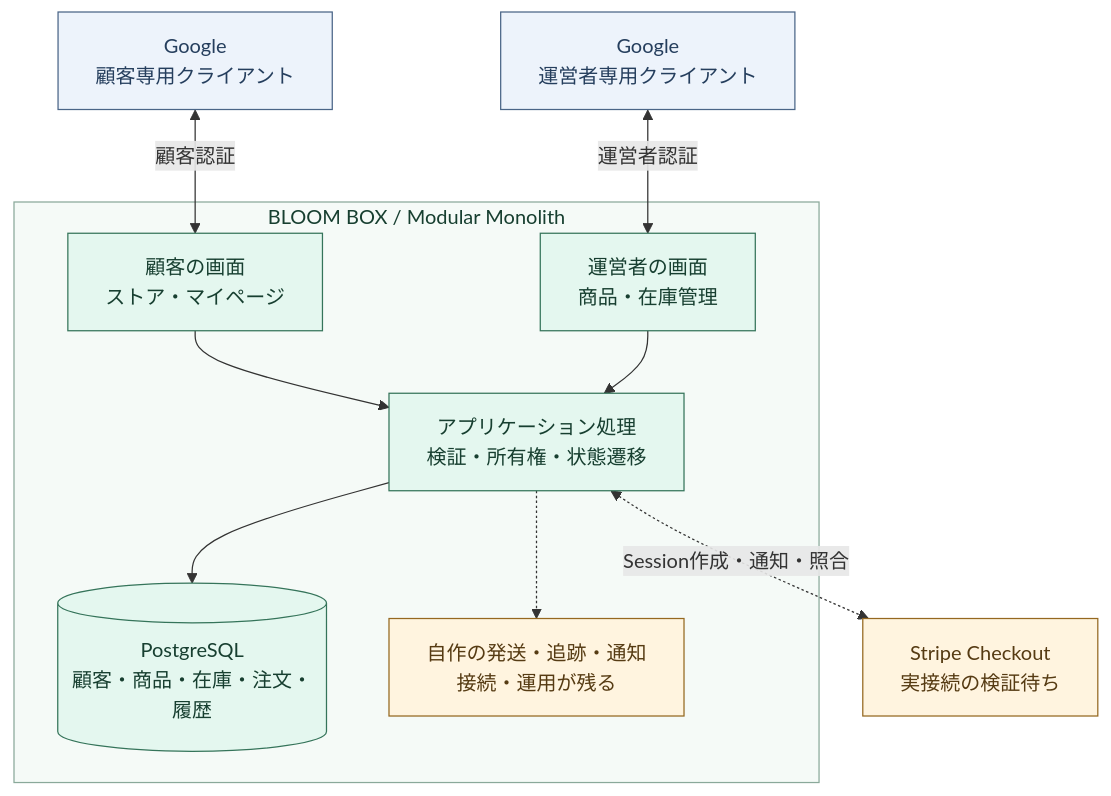
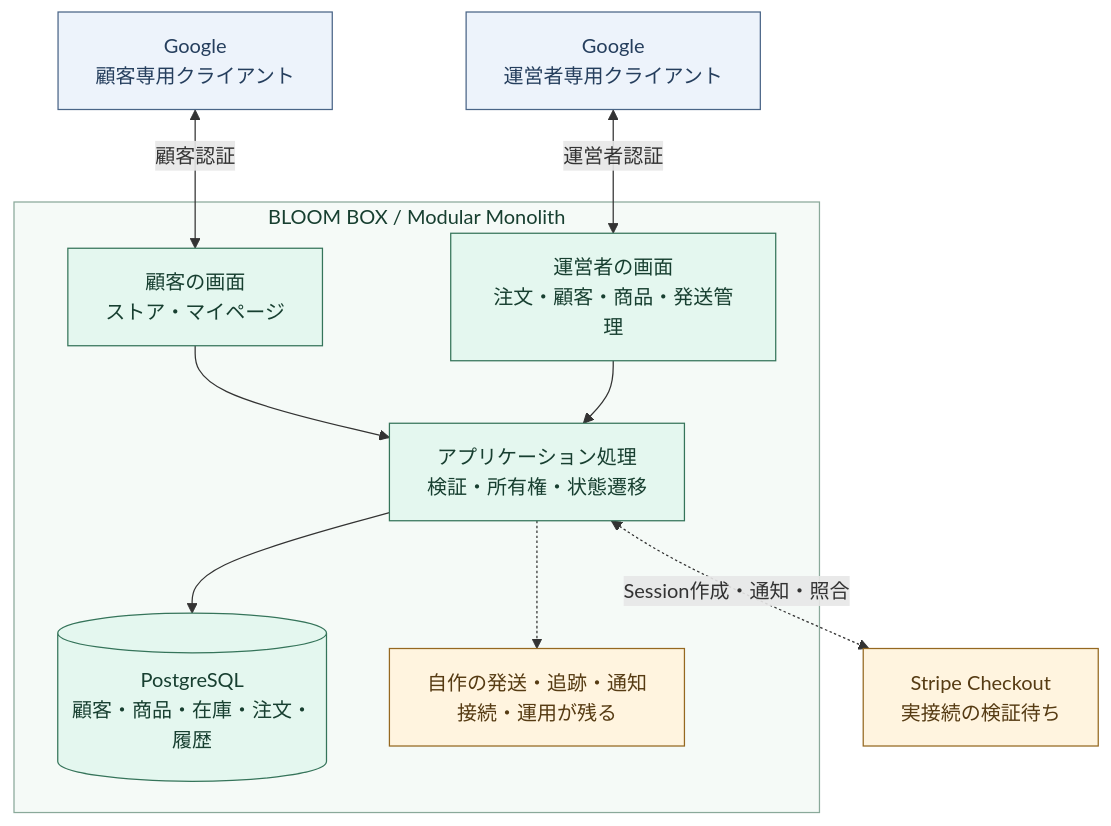
One commit to bright-broom/BloomBox_shop changed the second of 8 diagrams in README.md. Above: the diagram before and after it, drawn with Mermaid. The commit also changed other lines of this file, not shown here.

````diff
--- a/README.md
+++ b/README.md
@@ -79,19 +84,19 @@
 ```mermaid
 flowchart TB
     CustomerGoogle["Google<br/>顧客専用クライアント"] <-->|"顧客認証"| Shop
     OperatorGoogle["Google<br/>運営者専用クライアント"] <-->|"運営者認証"| Ops
     subgraph BloomBox["BLOOM BOX / Modular Monolith"]
         Shop["顧客の画面<br/>ストア・マイページ"] --> App["アプリケーション処理<br/>検証・所有権・状態遷移"]
-        Ops["運営者の画面<br/>商品・在庫管理"] --> App
+        Ops["運営者の画面<br/>注文・顧客・商品・発送管理"] --> App
         App --> DB[("PostgreSQL<br/>顧客・商品・在庫・注文・履歴")]
         App -.-> Shipping["自作の発送・追跡・通知<br/>接続・運用が残る"]
     end
     App <-. "Session作成・通知・照合" .-> Stripe["Stripe Checkout<br/>実接続の検証待ち"]
     classDef owned fill:#e4f7ef,stroke:#35745a,color:#173f30;
     classDef external fill:#edf3fb,stroke:#4a6587,color:#253e5d;
     classDef pending fill:#fff4df,stroke:#956820,color:#563b13;
     class Shop,Ops,App,DB owned;
     class CustomerGoogle,OperatorGoogle external;
     class Stripe,Shipping pending;
     style BloomBox fill:#f5faf7,stroke:#8aa99a,color:#173f30;
 ```
````
